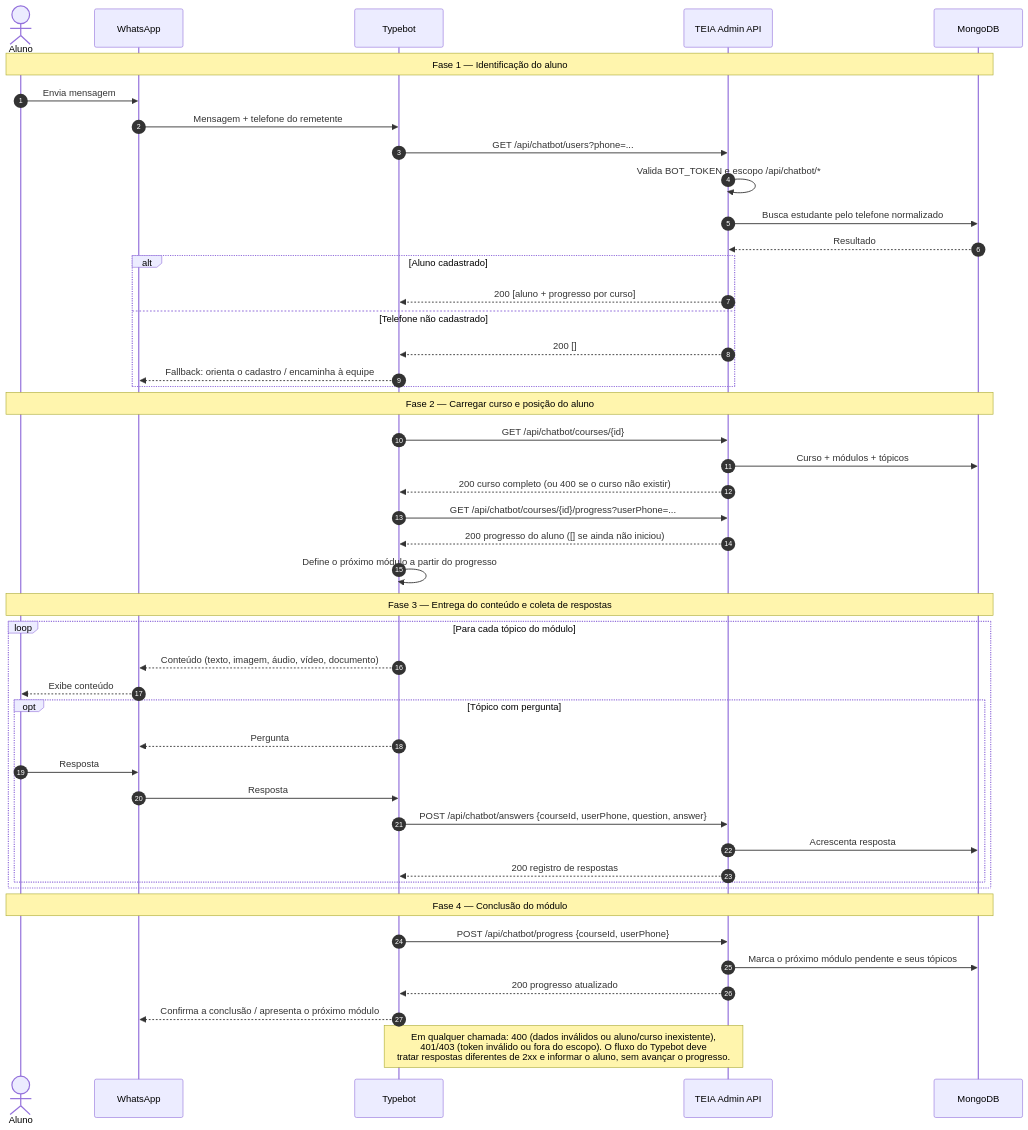
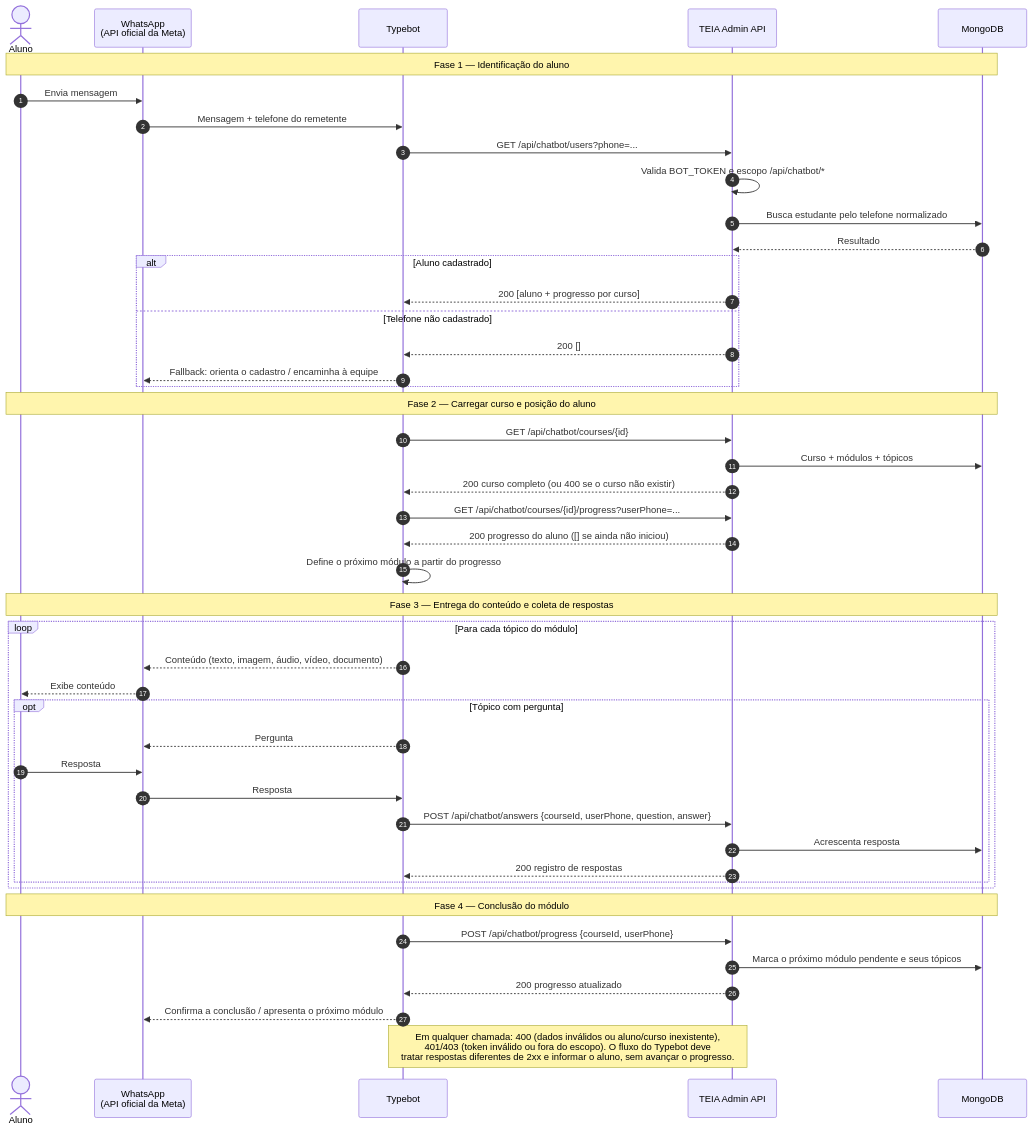
Before and after one commit to devsdoprojetoteia/teia-admin: the second of 2 diagrams in docs/arquitetura_aplicacao.md, drawn with Mermaid. The commit also changed other lines of this file and 1 other file, not shown here.

Commit message:
Explicita na documentação de arquitetura e do chatbot que o WhatsApp é integrado ao Typebot pela API oficial da Meta (Cloud API), sem gateway intermediário.

````diff
--- a/docs/arquitetura_aplicacao.md
+++ b/docs/arquitetura_aplicacao.md
@@ -100,53 +101,53 @@
 ```mermaid
 sequenceDiagram
   autonumber
   actor Aluno
-  participant WA as WhatsApp
+  participant WA as WhatsApp<br/>(API oficial da Meta)
   participant TB as Typebot
   participant API as TEIA Admin API
   participant DB as MongoDB
 
   Note over Aluno,DB: Fase 1 — Identificação do aluno
   Aluno->>WA: Envia mensagem
   WA->>TB: Mensagem + telefone do remetente
   TB->>API: GET /api/chatbot/users?phone=...
   API->>API: Valida BOT_TOKEN e escopo /api/chatbot/*
   API->>DB: Busca estudante pelo telefone normalizado
   DB-->>API: Resultado
   alt Aluno cadastrado
     API-->>TB: 200 [aluno + progresso por curso]
   else Telefone não cadastrado
     API-->>TB: 200 []
     TB-->>WA: Fallback: orienta o cadastro / encaminha à equipe
   end
 
   Note over Aluno,DB: Fase 2 — Carregar curso e posição do aluno
   TB->>API: GET /api/chatbot/courses/{id}
   API->>DB: Curso + módulos + tópicos
   API-->>TB: 200 curso completo (ou 400 se o curso não existir)
   TB->>API: GET /api/chatbot/courses/{id}/progress?userPhone=...
   API-->>TB: 200 progresso do aluno ([] se ainda não iniciou)
   TB->>TB: Define o próximo módulo a partir do progresso
 
   Note over Aluno,DB: Fase 3 — Entrega do conteúdo e coleta de respostas
   loop Para cada tópico do módulo
     TB-->>WA: Conteúdo (texto, imagem, áudio, vídeo, documento)
     WA-->>Aluno: Exibe conteúdo
     opt Tópico com pergunta
       TB-->>WA: Pergunta
       Aluno->>WA: Resposta
       WA->>TB: Resposta
       TB->>API: POST /api/chatbot/answers {courseId, userPhone, question, answer}
       API->>DB: Acrescenta resposta
       API-->>TB: 200 registro de respostas
     end
   end
 
   Note over Aluno,DB: Fase 4 — Conclusão do módulo
   TB->>API: POST /api/chatbot/progress {courseId, userPhone}
   API->>DB: Marca o próximo módulo pendente e seus tópicos
   API-->>TB: 200 progresso atualizado
   TB-->>WA: Confirma a conclusão / apresenta o próximo módulo
 
   Note over TB,API: Em qualquer chamada: 400 (dados inválidos ou aluno/curso inexistente),<br/>401/403 (token inválido ou fora do escopo). O fluxo do Typebot deve<br/>tratar respostas diferentes de 2xx e informar o aluno, sem avançar o progresso.
 ```
````
